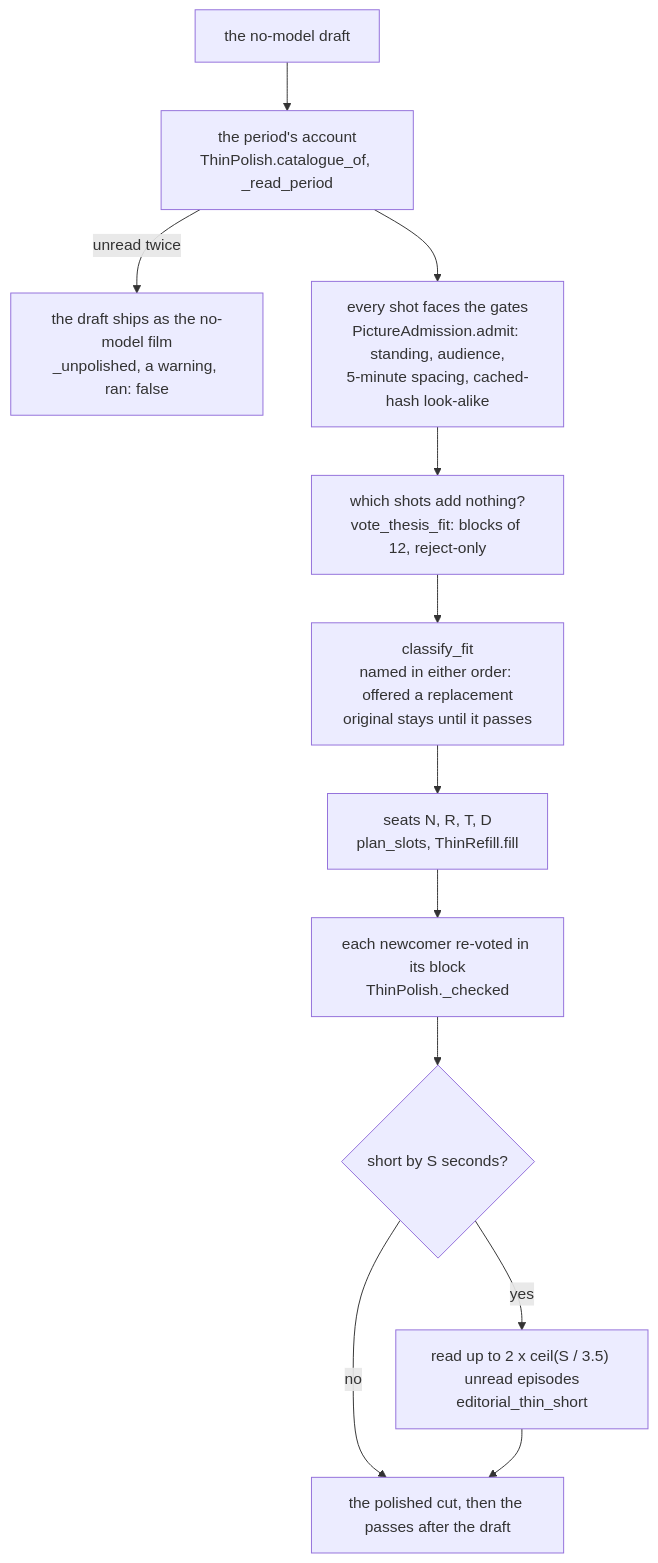
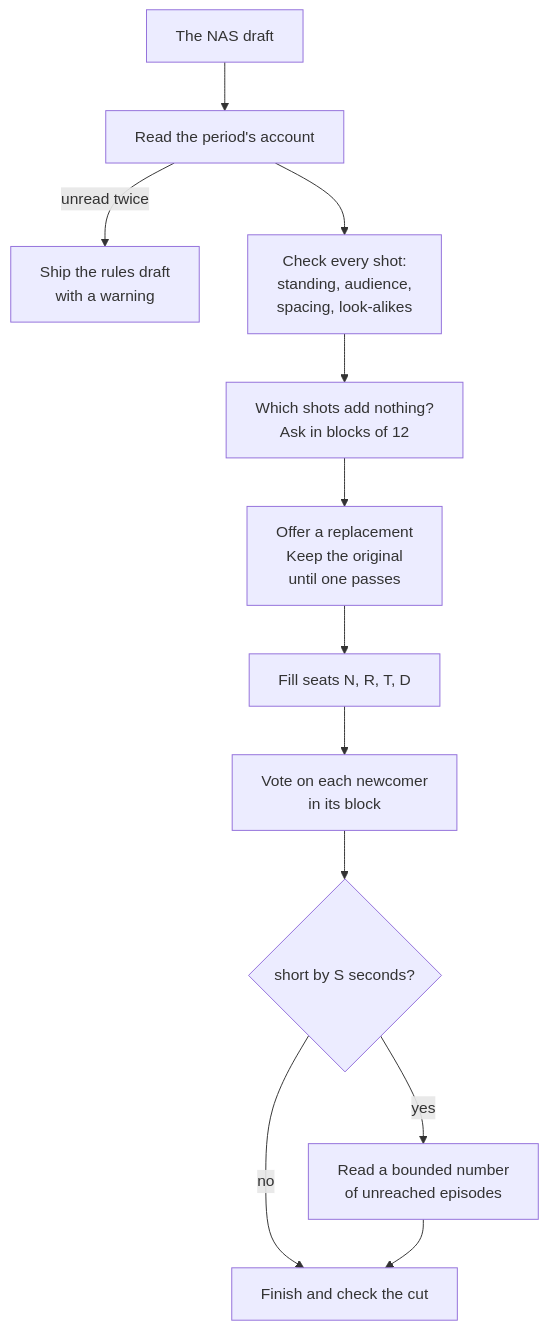
The second of 3 diagrams in docs-site/docs/how-it-chooses/what-a-model-adds.md (sam-dumont/immich-memories), drawn with Mermaid before and after one commit. The commit also changed other lines of this file and 10 other files, not shown here.

Commit message:
docs(tiers): explain bounded refinement and readable phone diagrams

````diff
--- a/docs-site/docs/how-it-chooses/what-a-model-adds.md
+++ b/docs-site/docs/how-it-chooses/what-a-model-adds.md
@@ -45,14 +43,14 @@
 ```mermaid
 flowchart TD
-  draft["the no-model draft"] --> acc["the period's account<br/>ThinPolish.catalogue_of, _read_period"]
-  acc -- "unread twice" --> ship["the draft ships as the no-model film<br/>_unpolished, a warning, ran: false"]
-  acc --> gates["every shot faces the gates<br/>PictureAdmission.admit: standing, audience,<br/>5-minute spacing, cached-hash look-alike"]
-  gates --> vote["which shots add nothing?<br/>vote_thesis_fit: blocks of 12, reject-only"]
-  vote --> cls["classify_fit<br/>named in either order: offered a replacement<br/>original stays until it passes"]
-  cls --> seats["seats N, R, T, D<br/>plan_slots, ThinRefill.fill"]
-  seats --> revote["each newcomer re-voted in its block<br/>ThinPolish._checked"]
+  draft["The NAS draft"] --> acc["Read the period's account"]
+  acc -- "unread twice" --> ship["Ship the rules draft<br/>with a warning"]
+  acc --> gates["Check every shot:<br/>standing, audience,<br/>spacing, look-alikes"]
+  gates --> vote["Which shots add nothing?<br/>Ask in blocks of 12"]
+  vote --> cls["Offer a replacement<br/>Keep the original<br/>until one passes"]
+  cls --> seats["Fill seats N, R, T, D"]
+  seats --> revote["Vote on each newcomer<br/>in its block"]
   revote --> short{"short by S seconds?"}
-  short -- yes --> reads["read up to 2 x ceil(S / 3.5) unread episodes<br/>editorial_thin_short"]
-  short -- no --> done["the polished cut, then the passes after the draft"]
+  short -- yes --> reads["Read a bounded number<br/>of unreached episodes"]
+  short -- no --> done["Finish and check the cut"]
   reads --> done
 ```
````
